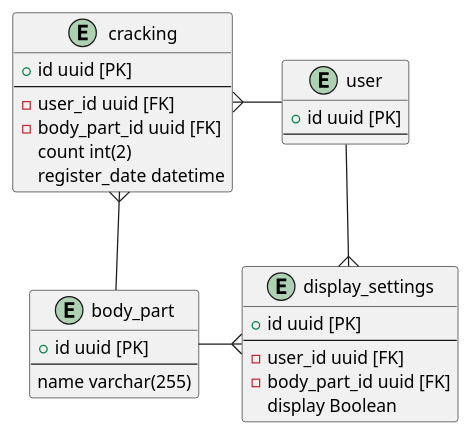
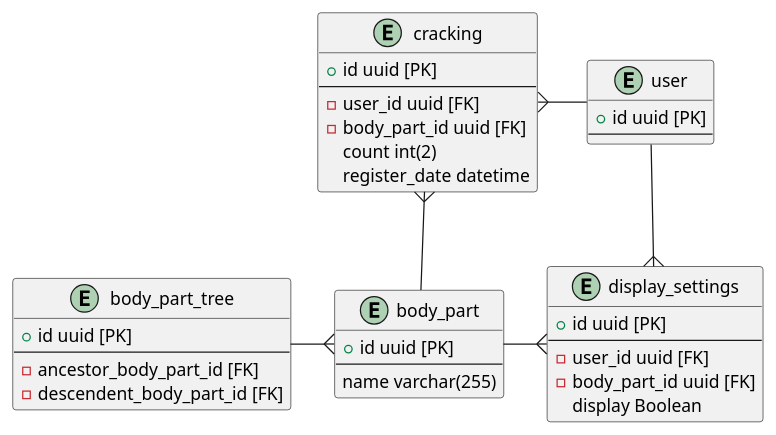
One commit to k2491p/cracking_counter_doc changed the diagram in 07_db/table.wsd. Above: the diagram before and after it, drawn with PlantUML.

Commit message:
update table
階層構造を表すためにbod_part_treeを追加

```diff
--- a/07_db/table.wsd
+++ b/07_db/table.wsd
@@ -1,36 +1,44 @@
 @startuml hoge
 
 entity user {
     + id uuid [PK]
     --
 }
 
 entity display_settings {
     + id uuid [PK]
     --
     - user_id uuid [FK]
     - body_part_id uuid [FK]
     display Boolean
 }
 
 entity body_part {
     + id uuid [PK]
     --
     name varchar(255)
 }
 
+entity body_part_tree {
+    + id uuid [PK]
+    --
+    - ancestor_body_part_id [FK]
+    - descendent_body_part_id [FK]
+}
+
 entity cracking {
     + id uuid [PK]
     --
     - user_id uuid [FK]
     - body_part_id uuid [FK]
     count int(2)
     register_date datetime
 }
 
 user --{ display_settings
 body_part -{ display_settings
+body_part_tree -{ body_part
 cracking }- user
 cracking }-- body_part
 
 @enduml
```
